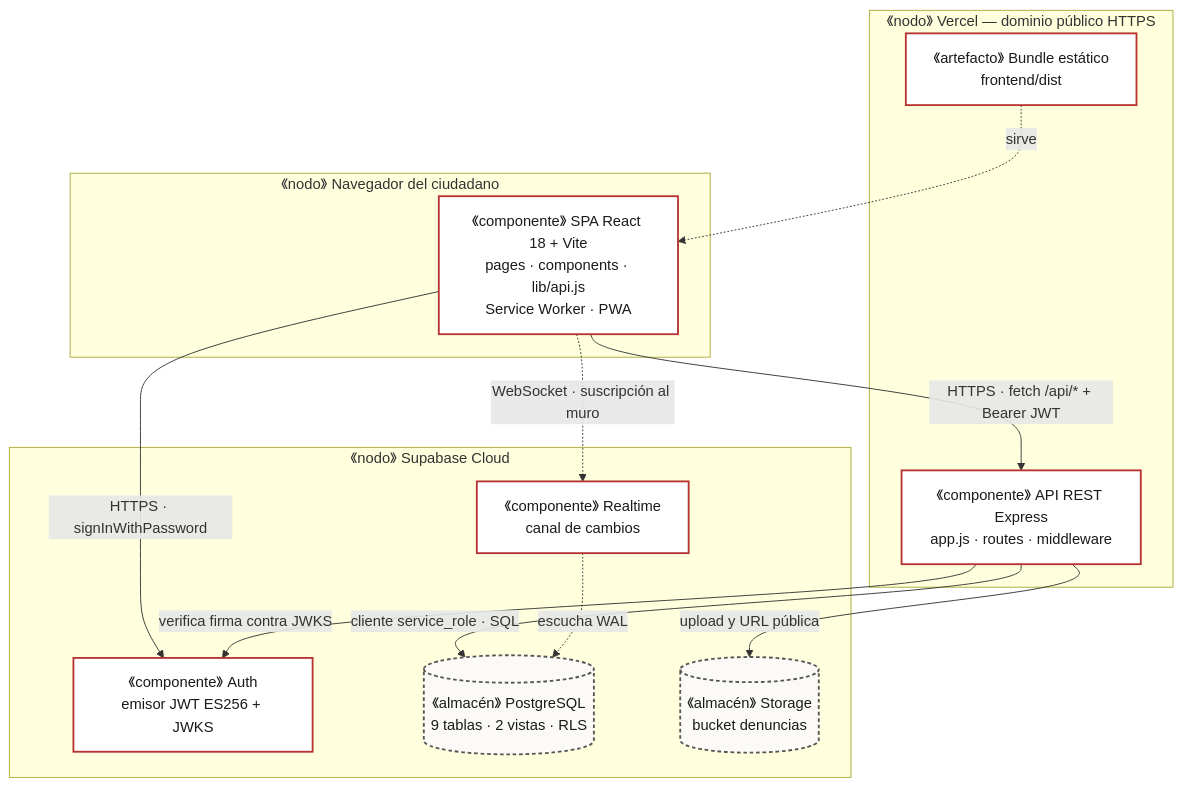
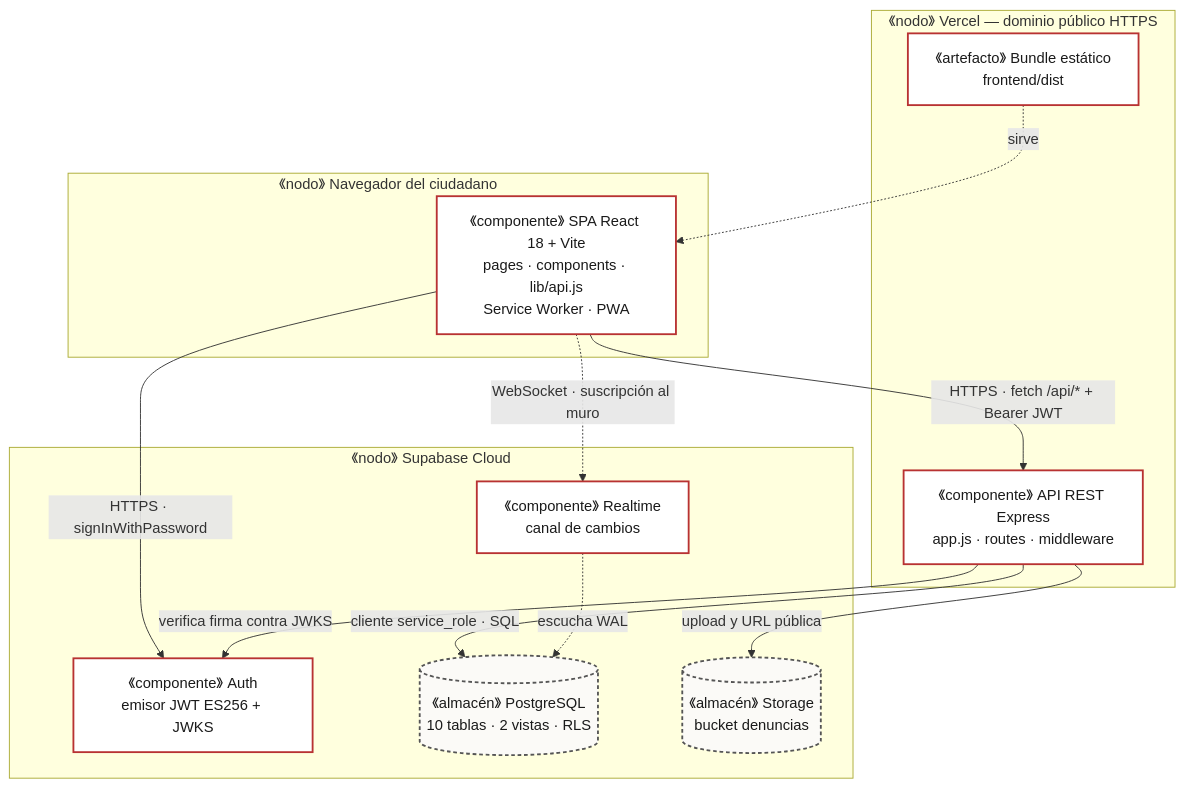
Before and after one commit to AxelJhostin/portoSinFiltro: the second of 8 diagrams in docs/ARQUITECTURA.md, drawn with Mermaid. The commit also changed other lines of this file and 3 other files, not shown here.

````diff
--- a/docs/ARQUITECTURA.md
+++ b/docs/ARQUITECTURA.md
@@ -115,34 +132,34 @@
 ```mermaid
 flowchart TB
     subgraph CLIENTE["《nodo》 Navegador del ciudadano"]
         SPA["《componente》 SPA React 18 + Vite<br/>pages · components · lib/api.js<br/>Service Worker · PWA"]
     end
 
     subgraph VERCEL["《nodo》 Vercel — dominio público HTTPS"]
         STATIC["《artefacto》 Bundle estático<br/>frontend/dist"]
         API["《componente》 API REST Express<br/>app.js · routes · middleware"]
     end
 
     subgraph SUPA["《nodo》 Supabase Cloud"]
         AUTH["《componente》 Auth<br/>emisor JWT ES256 + JWKS"]
-        PG[("《almacén》 PostgreSQL<br/>9 tablas · 2 vistas · RLS")]
+        PG[("《almacén》 PostgreSQL<br/>10 tablas · 2 vistas · RLS")]
         STORE[("《almacén》 Storage<br/>bucket denuncias")]
         RT["《componente》 Realtime<br/>canal de cambios"]
     end
 
     SPA -->|"HTTPS · signInWithPassword"| AUTH
     SPA -->|"HTTPS · fetch /api/* + Bearer JWT"| API
     SPA -.->|"WebSocket · suscripción al muro"| RT
     STATIC -.->|"sirve"| SPA
 
     API -->|"verifica firma contra JWKS"| AUTH
     API -->|"cliente service_role · SQL"| PG
     API -->|"upload y URL pública"| STORE
     RT -.->|"escucha WAL"| PG
 
     classDef node fill:#F7F6F2,stroke:#1A1A1A,stroke-width:2px,color:#1A1A1A
     classDef comp fill:#FFFFFF,stroke:#B83232,stroke-width:2px,color:#1A1A1A
     classDef store fill:#FBFAF7,stroke:#555555,stroke-dasharray:4 3,color:#1A1A1A
     class SPA,API,AUTH,RT,STATIC comp
     class PG,STORE store
 ```
````
